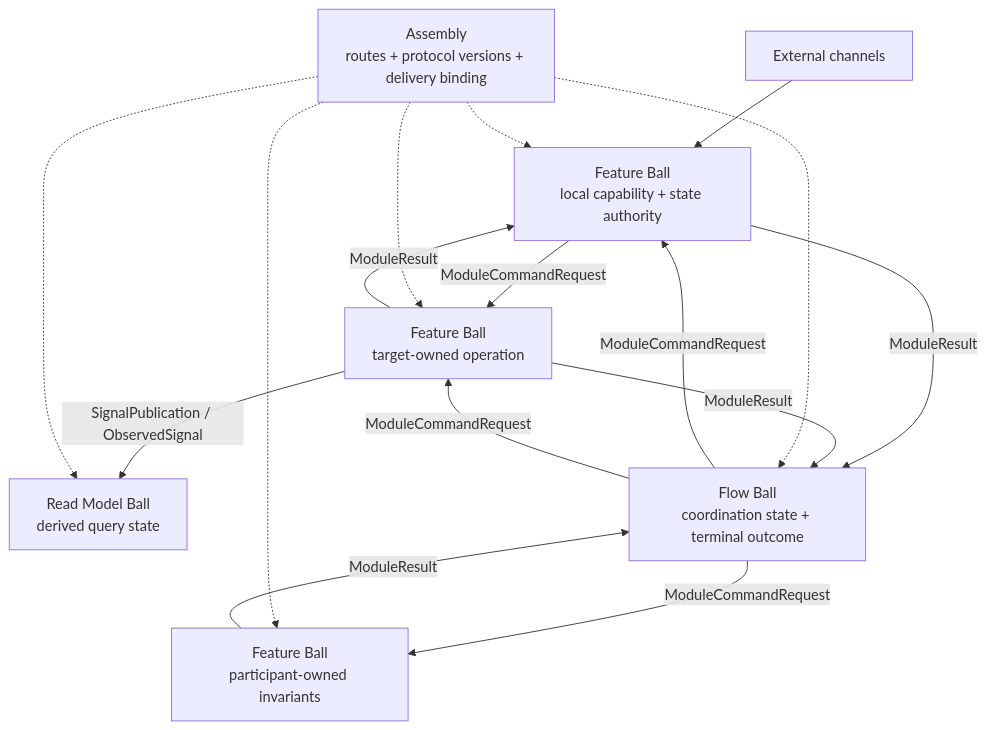
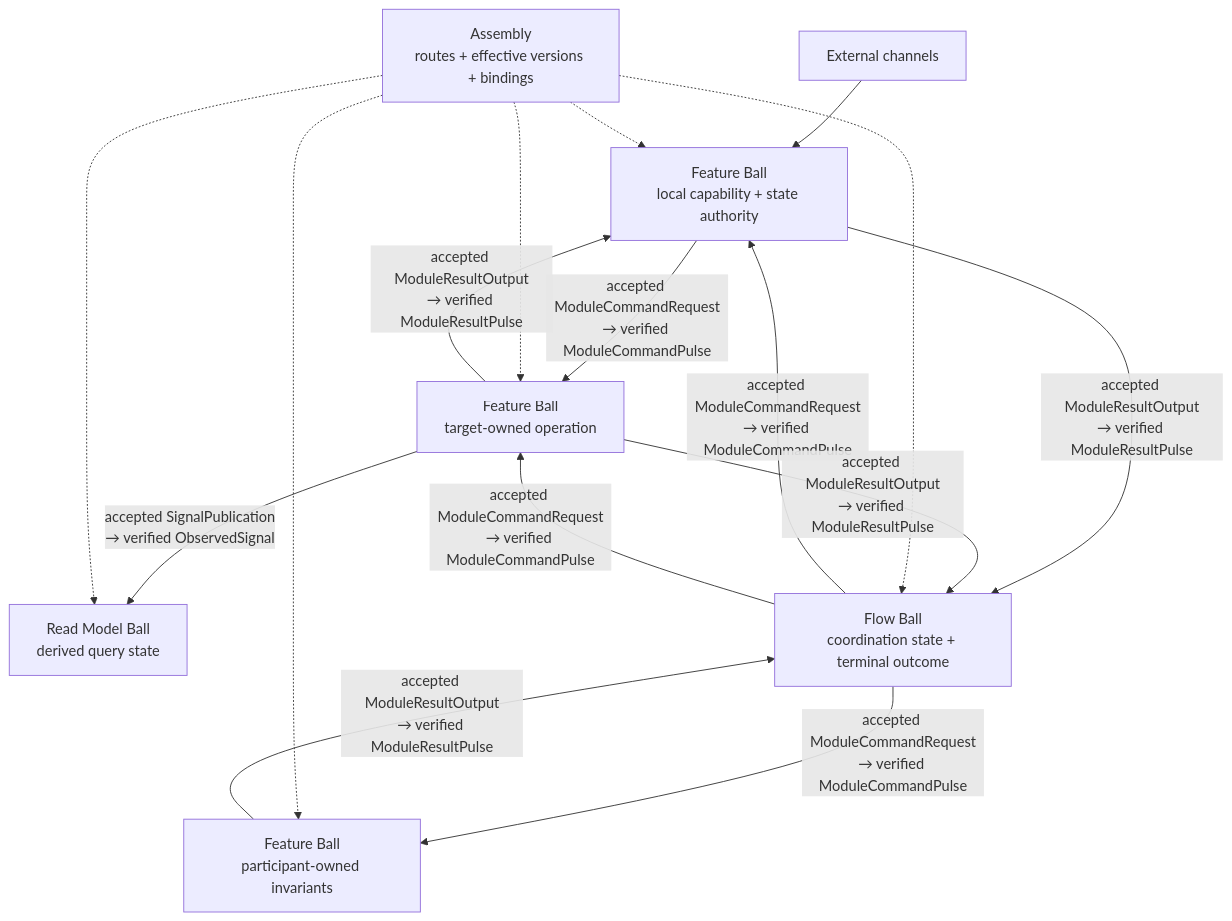
Before and after one commit to 4wl2d/Pokeball: the third of 3 diagrams in README.md, drawn with Mermaid. The commit also changed other lines of this file and 15 other files, not shown here.

````diff
--- a/README.md
+++ b/README.md
@@ -151,22 +201,22 @@
 ```mermaid
 flowchart TB
     UI["External channels"] --> F1["Feature Ball<br/>local capability + state authority"]
-    F1 -->|"ModuleCommandRequest"| F2["Feature Ball<br/>target-owned operation"]
-    F2 -->|"ModuleResult"| F1
-    F2 -->|"SignalPublication / ObservedSignal"| RM["Read Model Ball<br/>derived query state"]
+    F1 -->|"accepted ModuleCommandRequest<br/>→ verified ModuleCommandPulse"| F2["Feature Ball<br/>target-owned operation"]
+    F2 -->|"accepted ModuleResultOutput<br/>→ verified ModuleResultPulse"| F1
+    F2 -->|"accepted SignalPublication<br/>→ verified ObservedSignal"| RM["Read Model Ball<br/>derived query state"]
 
     FL["Flow Ball<br/>coordination state + terminal outcome"]
-    FL -->|"ModuleCommandRequest"| F1
-    F1 -->|"ModuleResult"| FL
-    FL -->|"ModuleCommandRequest"| F2
-    F2 -->|"ModuleResult"| FL
-    FL -->|"ModuleCommandRequest"| F3["Feature Ball<br/>participant-owned invariants"]
-    F3 -->|"ModuleResult"| FL
+    FL -->|"accepted ModuleCommandRequest<br/>→ verified ModuleCommandPulse"| F1
+    F1 -->|"accepted ModuleResultOutput<br/>→ verified ModuleResultPulse"| FL
+    FL -->|"accepted ModuleCommandRequest<br/>→ verified ModuleCommandPulse"| F2
+    F2 -->|"accepted ModuleResultOutput<br/>→ verified ModuleResultPulse"| FL
+    FL -->|"accepted ModuleCommandRequest<br/>→ verified ModuleCommandPulse"| F3["Feature Ball<br/>participant-owned invariants"]
+    F3 -->|"accepted ModuleResultOutput<br/>→ verified ModuleResultPulse"| FL
 
-    AS["Assembly<br/>routes + protocol versions + delivery binding"]
+    AS["Assembly<br/>routes + effective versions + bindings"]
     AS -.-> F1
     AS -.-> F2
     AS -.-> F3
     AS -.-> RM
     AS -.-> FL
 ```
````
